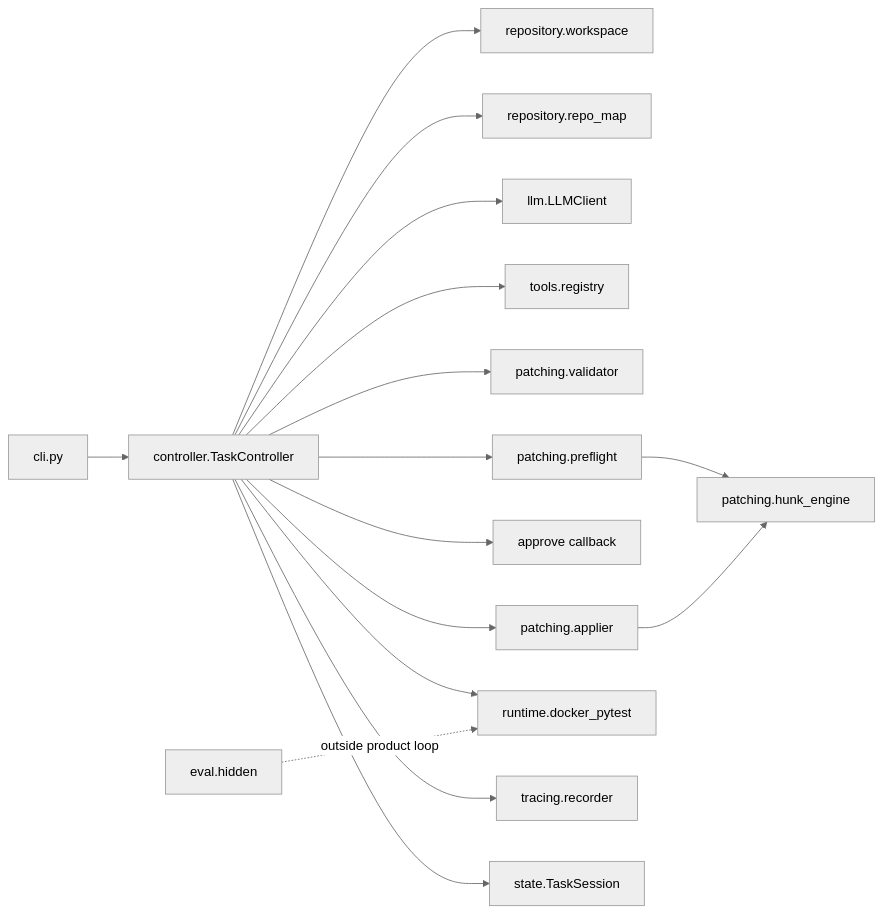
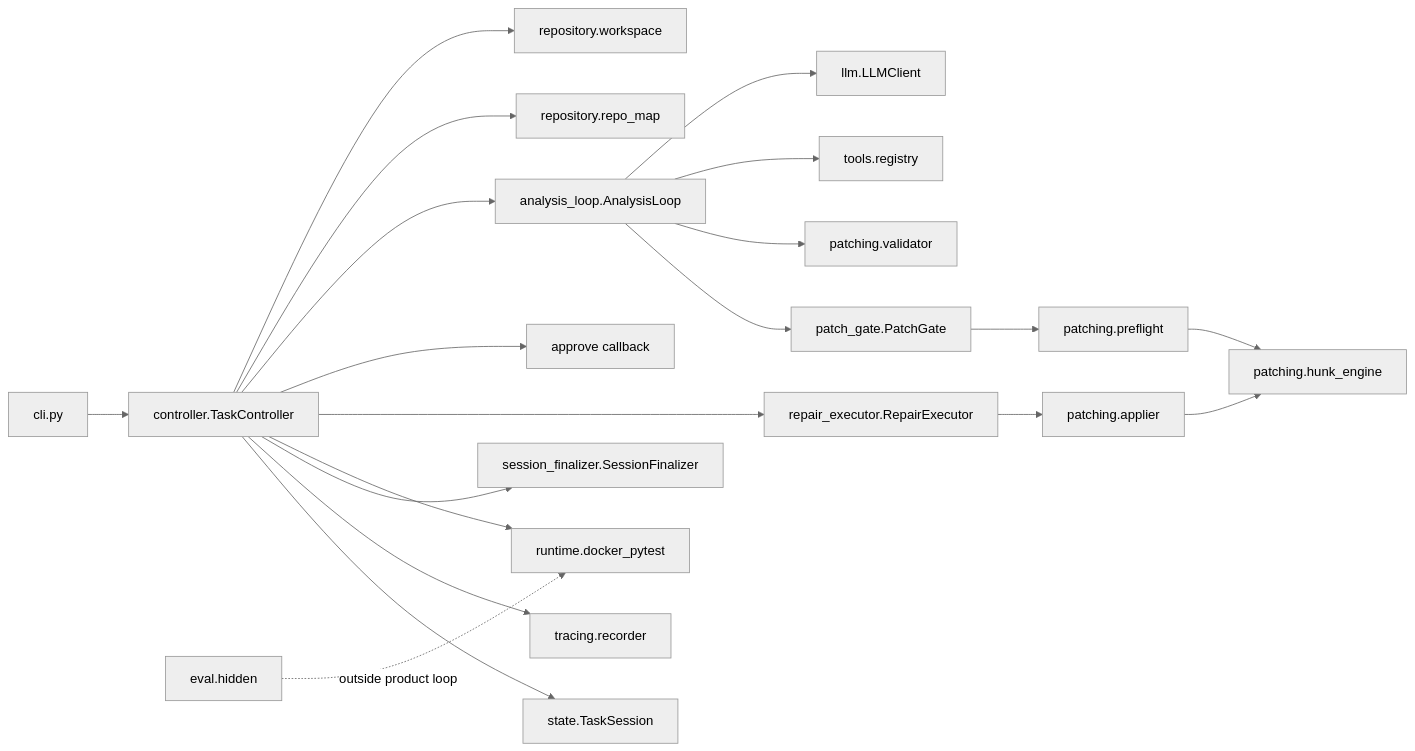
The diagram in docs/ARCHITECTURE.md (majiali423/safepatch), drawn with Mermaid (neutral theme) before and after one commit. The commit also changed other lines of this file and 187 other files, not shown here.

````diff
--- a/docs/ARCHITECTURE.md
+++ b/docs/ARCHITECTURE.md
@@ -21,18 +20,22 @@
 ```mermaid
 flowchart LR
   CLI[cli.py] --> CTRL[controller.TaskController]
   CTRL --> WS[repository.workspace]
   CTRL --> MAP[repository.repo_map]
-  CTRL --> LLM[llm.LLMClient]
-  CTRL --> TOOLS[tools.registry]
-  CTRL --> POL[patching.validator]
-  CTRL --> PF[patching.preflight]
+  CTRL --> LOOP[analysis_loop.AnalysisLoop]
+  LOOP --> LLM[llm.LLMClient]
+  LOOP --> TOOLS[tools.registry]
+  LOOP --> POL[patching.validator]
+  LOOP --> GATE[patch_gate.PatchGate]
+  GATE --> PF[patching.preflight]
   PF --> ENG[patching.hunk_engine]
   CTRL --> APPR[approve callback]
-  CTRL --> APPL[patching.applier]
+  CTRL --> REPAIR[repair_executor.RepairExecutor]
+  REPAIR --> APPL[patching.applier]
   APPL --> ENG
   CTRL --> DOCK[runtime.docker_pytest]
+  CTRL --> FINAL[session_finalizer.SessionFinalizer]
   CTRL --> TRACE[tracing.recorder]
   CTRL --> STATE[state.TaskSession]
   EVAL[eval.hidden] -.->|outside product loop| DOCK
 ```
````
